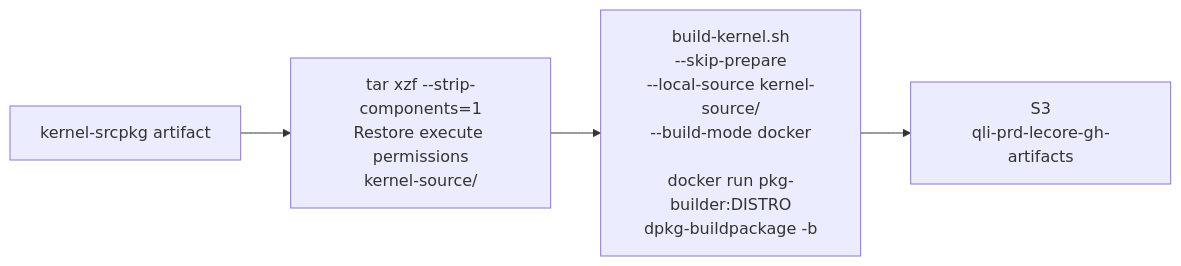
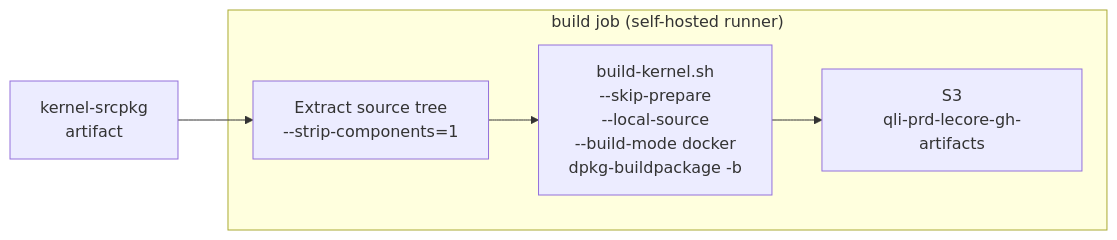
One commit to qualcomm-linux/pkg-linux-qcom changed the fifth of 5 diagrams in README.md. Above: the diagram before and after it, drawn with Mermaid. The commit also changed other lines of this file and 1 other file, not shown here.

First line of the commit message:
ci(build-kernel-ubuntu): use *.tar.gz glob for source tree extraction; update README

````diff
--- a/README.md
+++ b/README.md
@@ -175,10 +170,11 @@
 ```mermaid
 flowchart LR
-    ART["kernel-srcpkg artifact"] --> EXT
+    ART["kernel-srcpkg\nartifact"] --> EXT
 
-    EXT["tar xzf --strip-components=1\nRestore execute permissions\nkernel-source/"] --> BK
-
-    BK["build-kernel.sh\n--skip-prepare\n--local-source kernel-source/\n--build-mode docker\n\ndocker run pkg-builder:DISTRO\ndpkg-buildpackage -b"] --> S3
+    subgraph build["build job (self-hosted runner)"]
+        EXT["Extract source tree\n--strip-components=1"] --> BK
+        BK["build-kernel.sh\n--skip-prepare\n--local-source\n--build-mode docker\ndpkg-buildpackage -b"] --> S3
+    end
 
     S3["S3\nqli-prd-lecore-gh-artifacts"]
 ```
````
